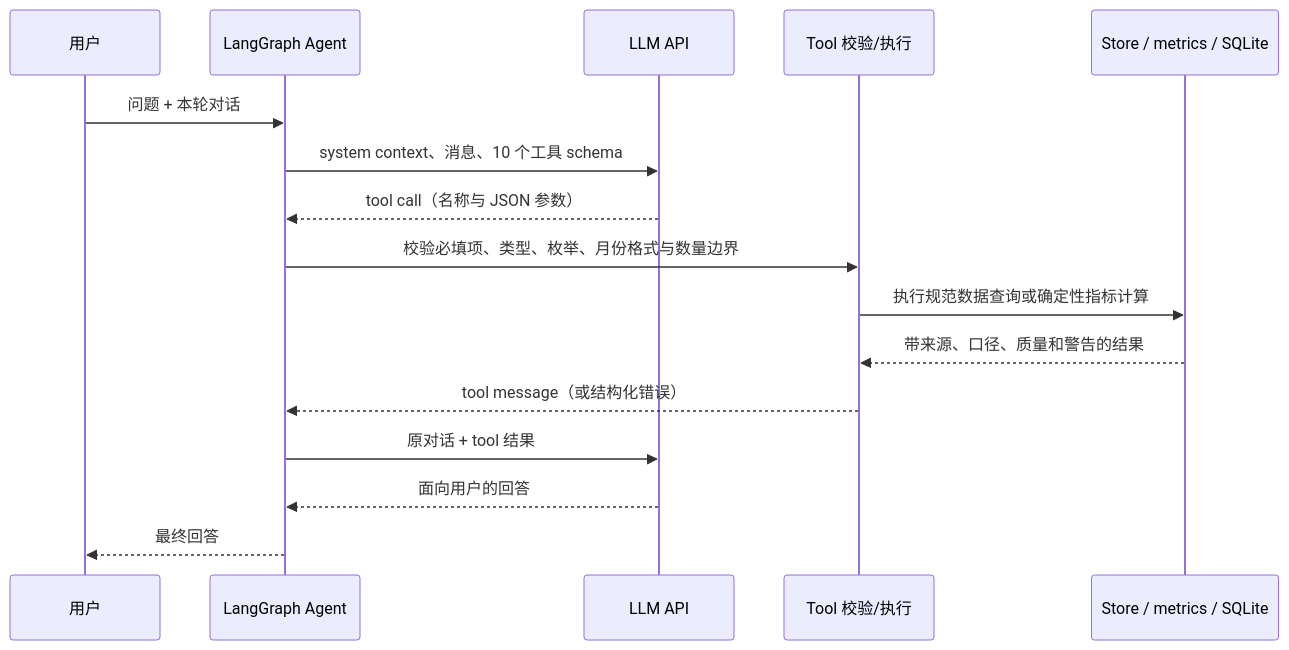
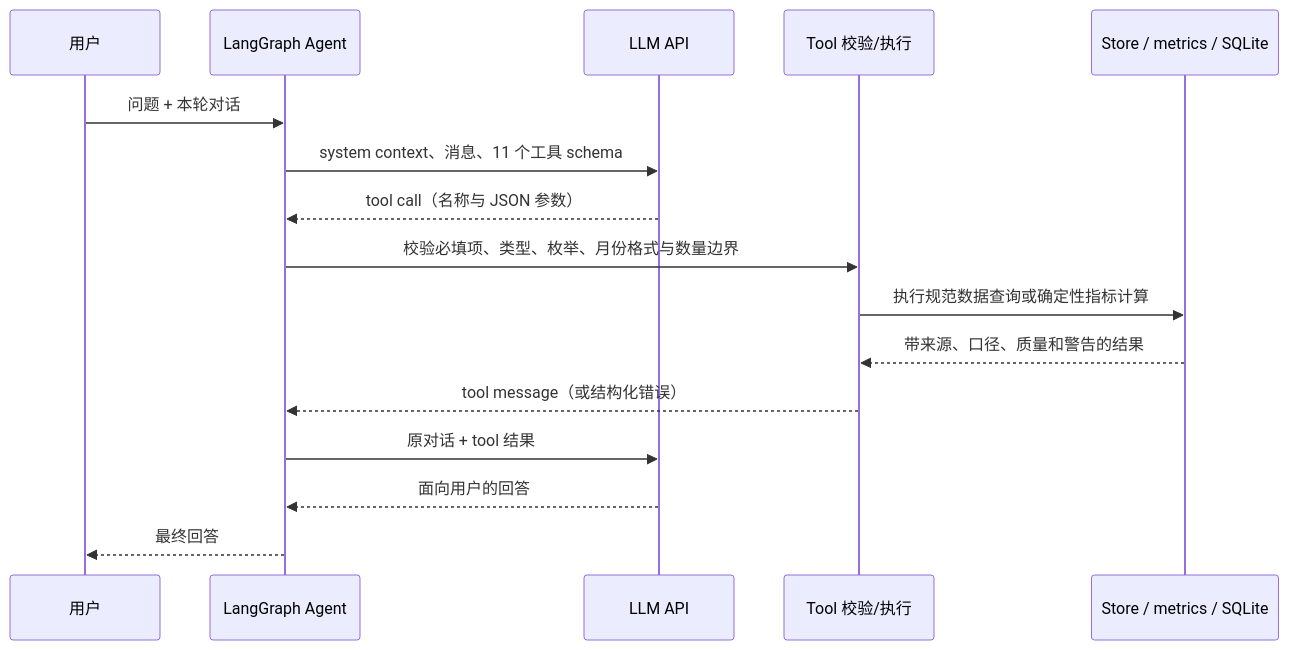
One commit to softarts/ai_advisor changed the second of 2 diagrams in README.md. Above: the diagram before and after it, drawn with Mermaid. The commit also changed other lines of this file and 6 other files, not shown here.

````diff
--- a/README.md
+++ b/README.md
@@ -78,18 +85,18 @@
 ```mermaid
 sequenceDiagram
     participant U as 用户
     participant G as LangGraph Agent
     participant L as LLM API
     participant T as Tool 校验/执行
     participant D as Store / metrics / SQLite
     U->>G: 问题 + 本轮对话
-    G->>L: system context、消息、10 个工具 schema
+    G->>L: system context、消息、11 个工具 schema
     L-->>G: tool call（名称与 JSON 参数）
     G->>T: 校验必填项、类型、枚举、月份格式与数量边界
     T->>D: 执行规范数据查询或确定性指标计算
     D-->>T: 带来源、口径、质量和警告的结果
     T-->>G: tool message（或结构化错误）
     G->>L: 原对话 + tool 结果
     L-->>G: 面向用户的回答
     G-->>U: 最终回答
 ```
````
